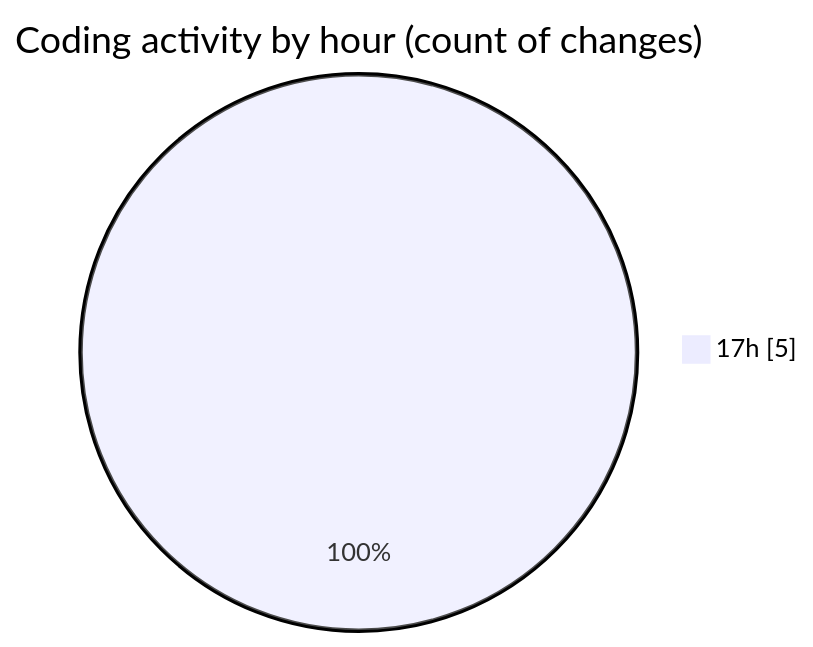
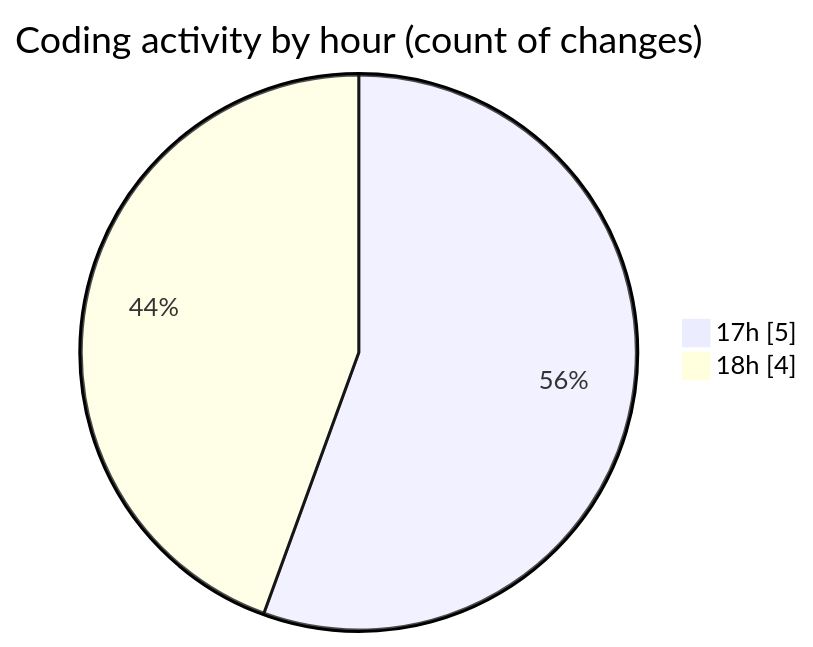
The second of 2 diagrams in 2026-02-01/singularitybrainai/README.md (tmsrecording-cyber/code-tracking), drawn with Mermaid before and after one commit. The commit also changed other lines of this file and 1 other file, not shown here.

````diff
--- a/2026-02-01/singularitybrainai/README.md
+++ b/2026-02-01/singularitybrainai/README.md
@@ -28,5 +31,6 @@
 ```mermaid
 pie showData
 title Coding activity by hour (count of changes)
 "17h" : 5
+"18h" : 4
 ```
````
